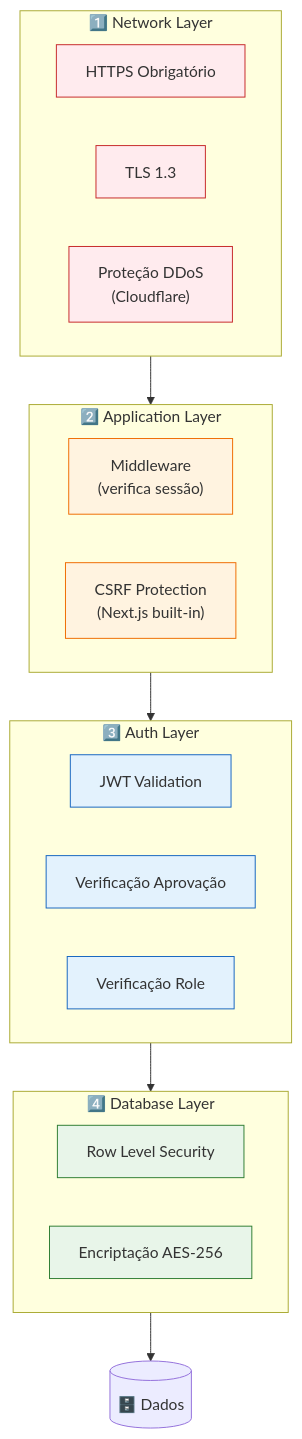
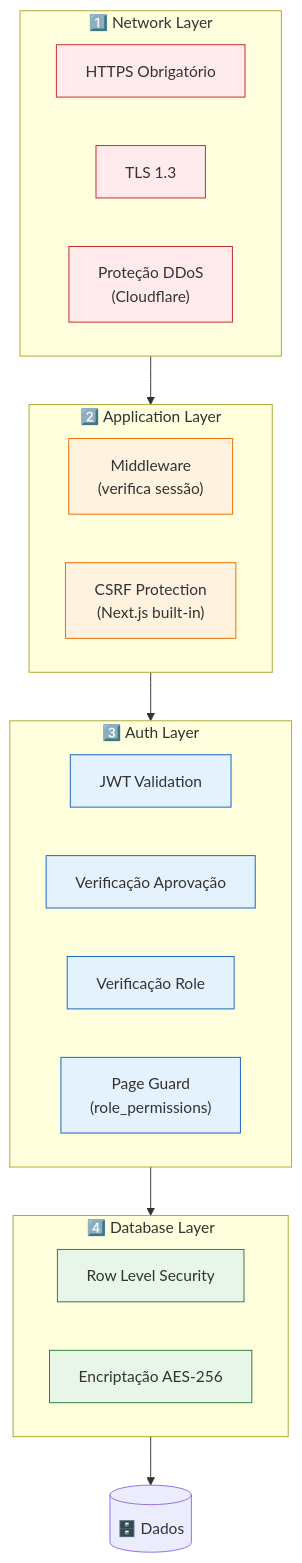
One commit to hackkalot/crm-prestadores changed the ninth of 9 diagrams in docs/documentation/diagrams/security/auth-flow.md. Above: the diagram before and after it, drawn with Mermaid. The commit also changed other lines of this file and 37 other files, not shown here.

````diff
--- a/docs/documentation/diagrams/security/auth-flow.md
+++ b/docs/documentation/diagrams/security/auth-flow.md
@@ -273,39 +385,40 @@
 ```mermaid
 flowchart TB
     subgraph layer1 ["1️⃣ Network Layer"]
         https["HTTPS Obrigatório"]
         tls["TLS 1.3"]
         ddos["Proteção DDoS<br/>(Cloudflare)"]
     end
 
     subgraph layer2 ["2️⃣ Application Layer"]
         middleware["Middleware<br/>(verifica sessão)"]
         csrf["CSRF Protection<br/>(Next.js built-in)"]
     end
 
     subgraph layer3 ["3️⃣ Auth Layer"]
         jwt["JWT Validation"]
         approval["Verificação Aprovação"]
         role["Verificação Role"]
+        guard["Page Guard<br/>(role_permissions)"]
     end
 
     subgraph layer4 ["4️⃣ Database Layer"]
         rls["Row Level Security"]
         encrypt["Encriptação AES-256"]
     end
 
     layer1 --> layer2
     layer2 --> layer3
     layer3 --> layer4
     layer4 --> data[("🗄️ Dados")]
 
     classDef l1Style fill:#ffebee,stroke:#c62828,stroke-width:1px
     classDef l2Style fill:#fff3e0,stroke:#ef6c00,stroke-width:1px
     classDef l3Style fill:#e3f2fd,stroke:#1565c0,stroke-width:1px
     classDef l4Style fill:#e8f5e9,stroke:#2e7d32,stroke-width:1px
 
     class https,tls,ddos l1Style
     class middleware,csrf l2Style
-    class jwt,approval,role l3Style
+    class jwt,approval,role,guard l3Style
     class rls,encrypt l4Style
 ```
````
